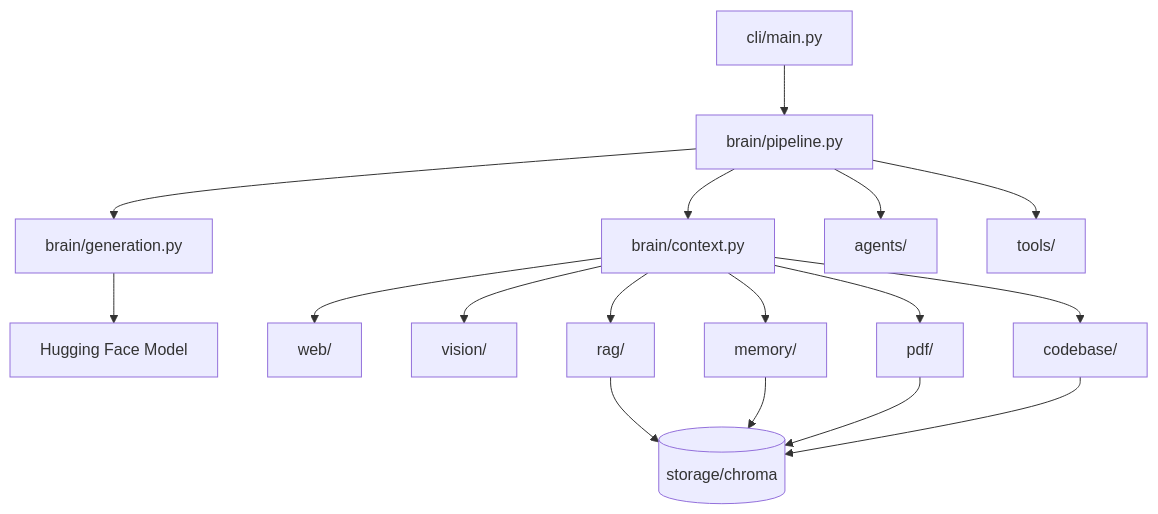
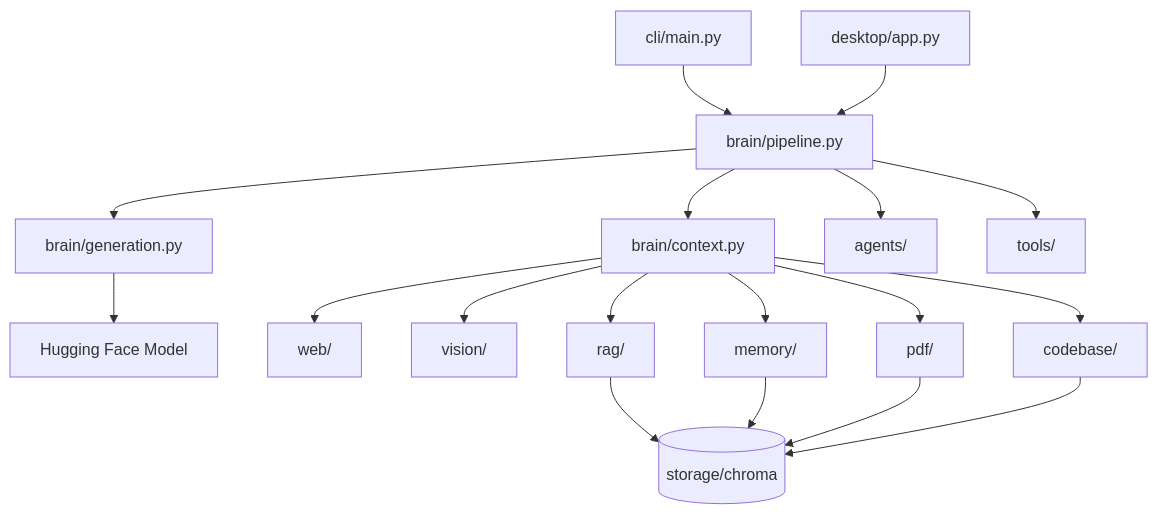
The diagram in README.md (dakxhie/zoe), drawn with Mermaid before and after one commit. The commit also changed other lines of this file and 59 other files, not shown here.

````diff
--- a/README.md
+++ b/README.md
@@ -11,34 +25,36 @@
 ```mermaid
 flowchart TD
     CLI[cli/main.py]
+    Desktop[desktop/app.py]
     Pipeline[brain/pipeline.py]
     Context[brain/context.py]
     Generation[brain/generation.py]
     LLM[Hugging Face Model]
     Agents[agents/]
     Tools[tools/]
     Web[web/]
     Vision[vision/]
     Notes[rag/]
     Memory[memory/]
     PDF[pdf/]
     Code[codebase/]
     Chroma[(storage/chroma)]
 
     CLI --> Pipeline
+    Desktop --> Pipeline
     Pipeline --> Tools
     Pipeline --> Agents
     Pipeline --> Context
     Pipeline --> Generation
     Generation --> LLM
     Context --> Notes
     Context --> Memory
     Context --> PDF
     Context --> Code
     Context --> Web
     Context --> Vision
     Notes --> Chroma
     Memory --> Chroma
     PDF --> Chroma
     Code --> Chroma
 ```
````
